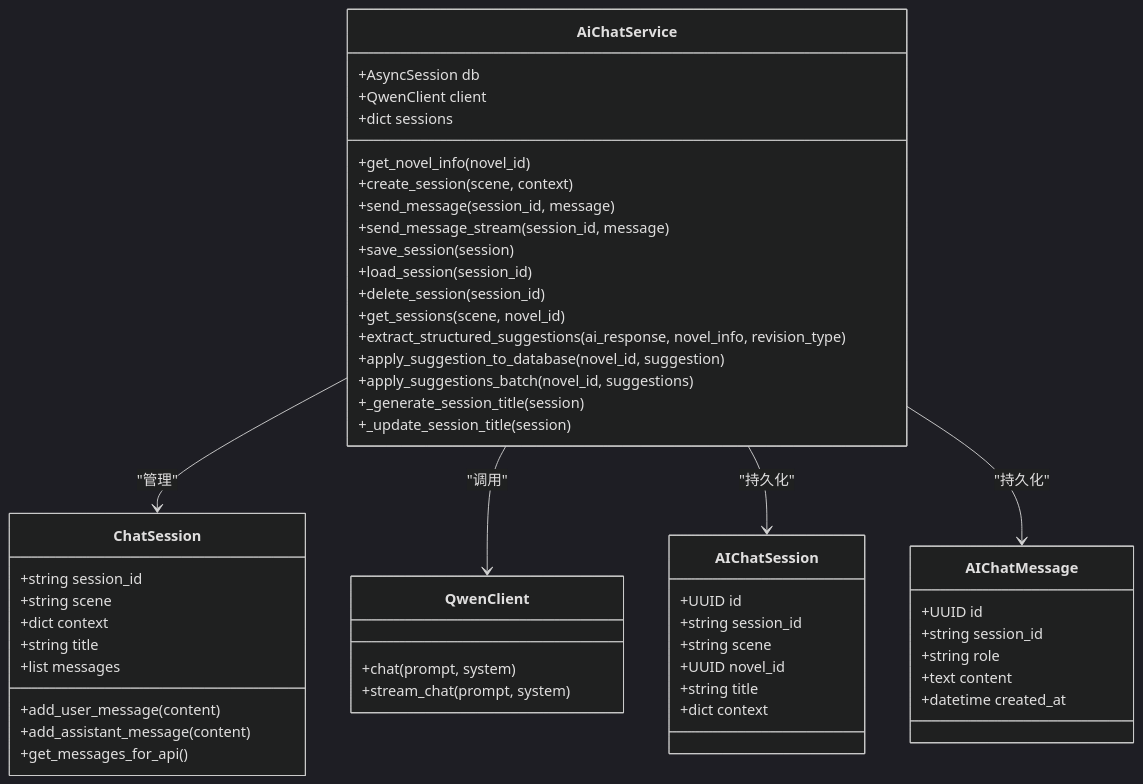
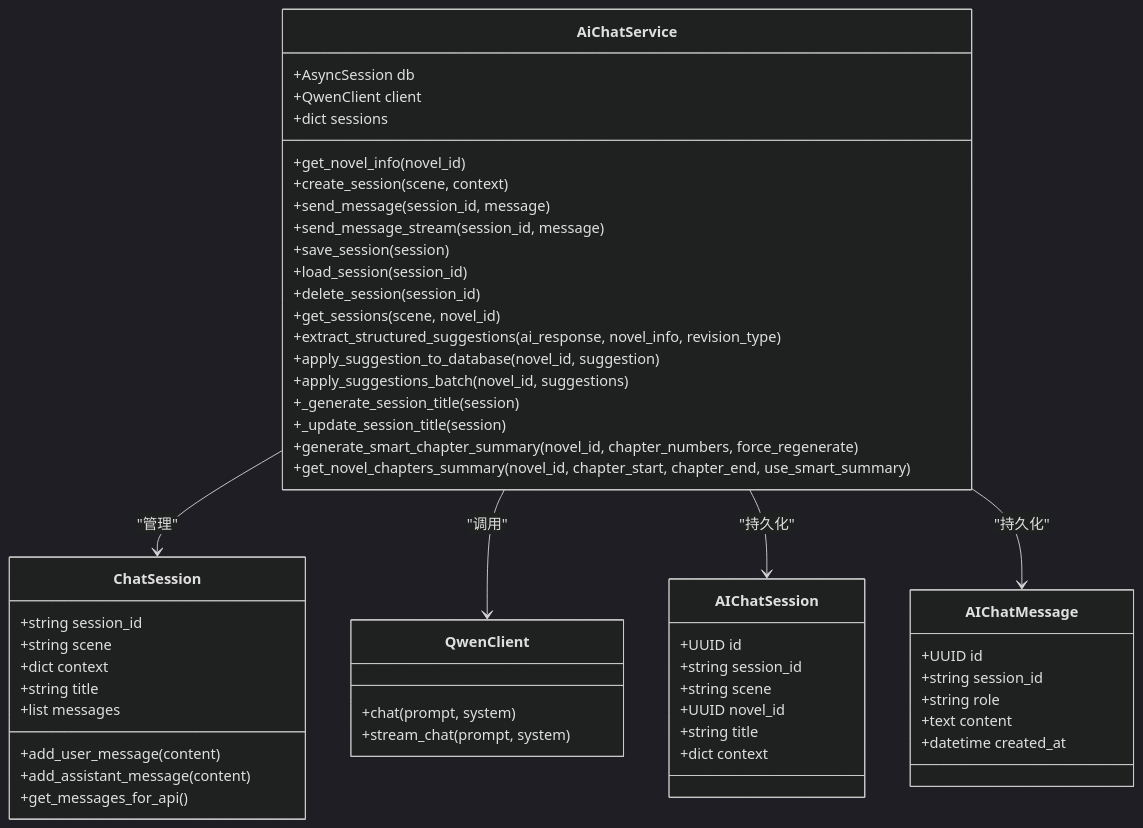
The ninth of 9 diagrams in .qoder/repowiki/zh/content/API接口文档/AI聊天API.md (xfbyxq/ai-novel-system), drawn with Mermaid (dark theme) before and after one commit. The commit also changed other lines of this file and 29 other files, not shown here.

````diff
--- a/.qoder/repowiki/zh/content/API接口文档/AI聊天API.md
+++ b/.qoder/repowiki/zh/content/API接口文档/AI聊天API.md
@@ -386,54 +417,56 @@
 ```mermaid
 classDiagram
 class ChatSession {
 +string session_id
 +string scene
 +dict context
 +string title
 +list messages
 +add_user_message(content)
 +add_assistant_message(content)
 +get_messages_for_api()
 }
 class AiChatService {
 +AsyncSession db
 +QwenClient client
 +dict sessions
 +get_novel_info(novel_id)
 +create_session(scene, context)
 +send_message(session_id, message)
 +send_message_stream(session_id, message)
 +save_session(session)
 +load_session(session_id)
 +delete_session(session_id)
 +get_sessions(scene, novel_id)
 +extract_structured_suggestions(ai_response, novel_info, revision_type)
 +apply_suggestion_to_database(novel_id, suggestion)
 +apply_suggestions_batch(novel_id, suggestions)
 +_generate_session_title(session)
 +_update_session_title(session)
++generate_smart_chapter_summary(novel_id, chapter_numbers, force_regenerate)
++get_novel_chapters_summary(novel_id, chapter_start, chapter_end, use_smart_summary)
 }
 class QwenClient {
 +chat(prompt, system)
 +stream_chat(prompt, system)
 }
 class AIChatSession {
 +UUID id
 +string session_id
 +string scene
 +UUID novel_id
 +string title
 +dict context
 }
 class AIChatMessage {
 +UUID id
 +string session_id
 +string role
 +text content
 +datetime created_at
 }
 AiChatService --> ChatSession : "管理"
 AiChatService --> QwenClient : "调用"
 AiChatService --> AIChatSession : "持久化"
 AiChatService --> AIChatMessage : "持久化"
 ```
````
